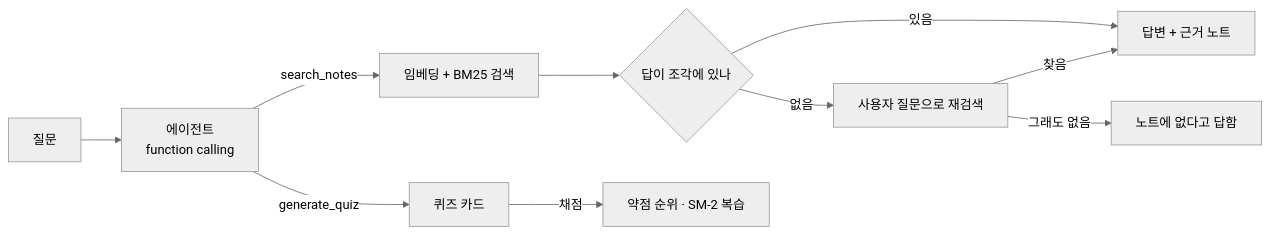
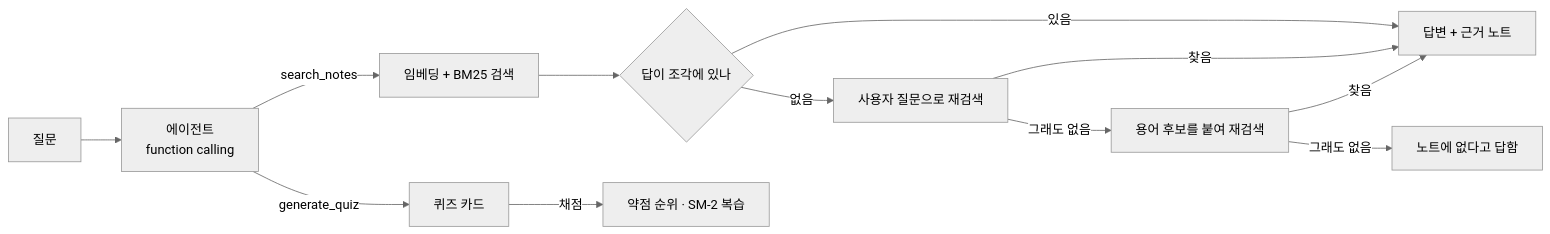
Before and after one commit to Gwakgarin/study-agent: the diagram in README.md, drawn with Mermaid (neutral theme). The commit also changed other lines of this file, not shown here.

````diff
--- a/README.md
+++ b/README.md
@@ -39,12 +43,14 @@
 ```mermaid
 flowchart LR
     U[질문] --> A[에이전트<br/>function calling]
     A -->|search_notes| S[임베딩 + BM25 검색]
     S --> G{답이 조각에 있나}
     G -->|있음| O[답변 + 근거 노트]
     G -->|없음| R[사용자 질문으로 재검색]
     R -->|찾음| O
-    R -->|그래도 없음| N[노트에 없다고 답함]
+    R -->|그래도 없음| E[용어 후보를 붙여 재검색]
+    E -->|찾음| O
+    E -->|그래도 없음| N[노트에 없다고 답함]
     A -->|generate_quiz| Q[퀴즈 카드]
     Q -->|채점| T[약점 순위 · SM-2 복습]
 ```
````
